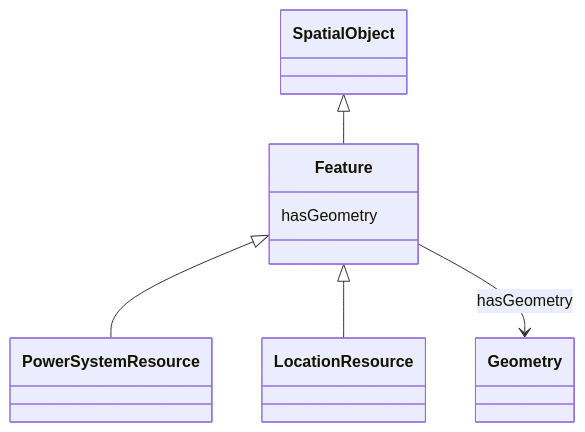
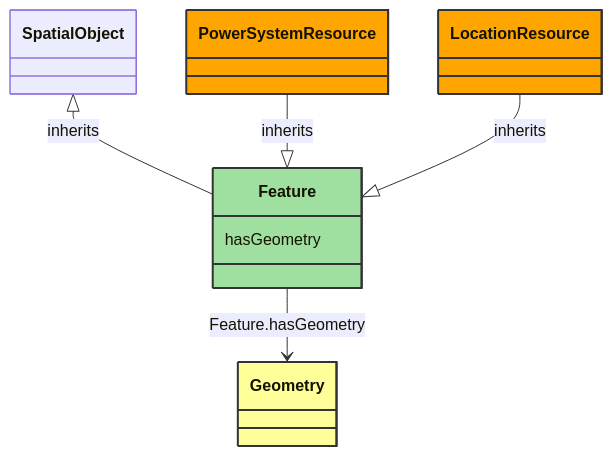
Before and after one commit to 3lbits/NoCIMExtensions: the diagram in docs/AviationObstacle/Feature.md, drawn with Mermaid. The commit also changed other lines of this file and 177 other files, not shown here.

````diff
--- a/docs/AviationObstacle/Feature.md
+++ b/docs/AviationObstacle/Feature.md
@@ -16,21 +8,31 @@
 ```mermaid
- classDiagram
+classDiagram
     class Feature
-    click Feature href "../Feature"
-      SpatialObject <|-- Feature
-        click SpatialObject href "../SpatialObject"
-      
+    click Feature href "/AviationObstacle/Feature/"
+    style Feature fill:#9fdf9f,stroke:#333,stroke-width:2px,rx:10,ry:10
 
-      Feature <|-- PowerSystemResource
-        click PowerSystemResource href "../PowerSystemResource"
-      Feature <|-- LocationResource
-        click LocationResource href "../LocationResource"
-      
-      
-      Feature : hasGeometry
-        
-          Feature --> Geometry : hasGeometry
-          click Geometry href "../Geometry"
-        
-      
+        SpatialObject <|-- Feature : inherits
+            click SpatialObject href "/AviationObstacle/SpatialObject/"
+            style SpatialObject rx:10,ry:10
+
+        Feature
+            click Feature href "/AviationObstacle/Feature/"
+            style Feature rx:10,ry:10
+
+        PowerSystemResource --|> Feature : inherits
+            click PowerSystemResource href "/AviationObstacle/PowerSystemResource/"
+            style PowerSystemResource fill:#FFA500,stroke:#333,stroke-width:2px,rx:10,ry:10
+
+        LocationResource --|> Feature : inherits
+            click LocationResource href "/AviationObstacle/LocationResource/"
+            style LocationResource fill:#FFA500,stroke:#333,stroke-width:2px,rx:10,ry:10
+
+        Feature --> Geometry : Feature.hasGeometry
+
+        Geometry
+            click Geometry href "/AviationObstacle/Geometry/"
+            style Geometry fill:#ffff99,stroke:#333,stroke-width:2px,rx:10,ry:10
+
+
+        Feature : hasGeometry
 ```
````
